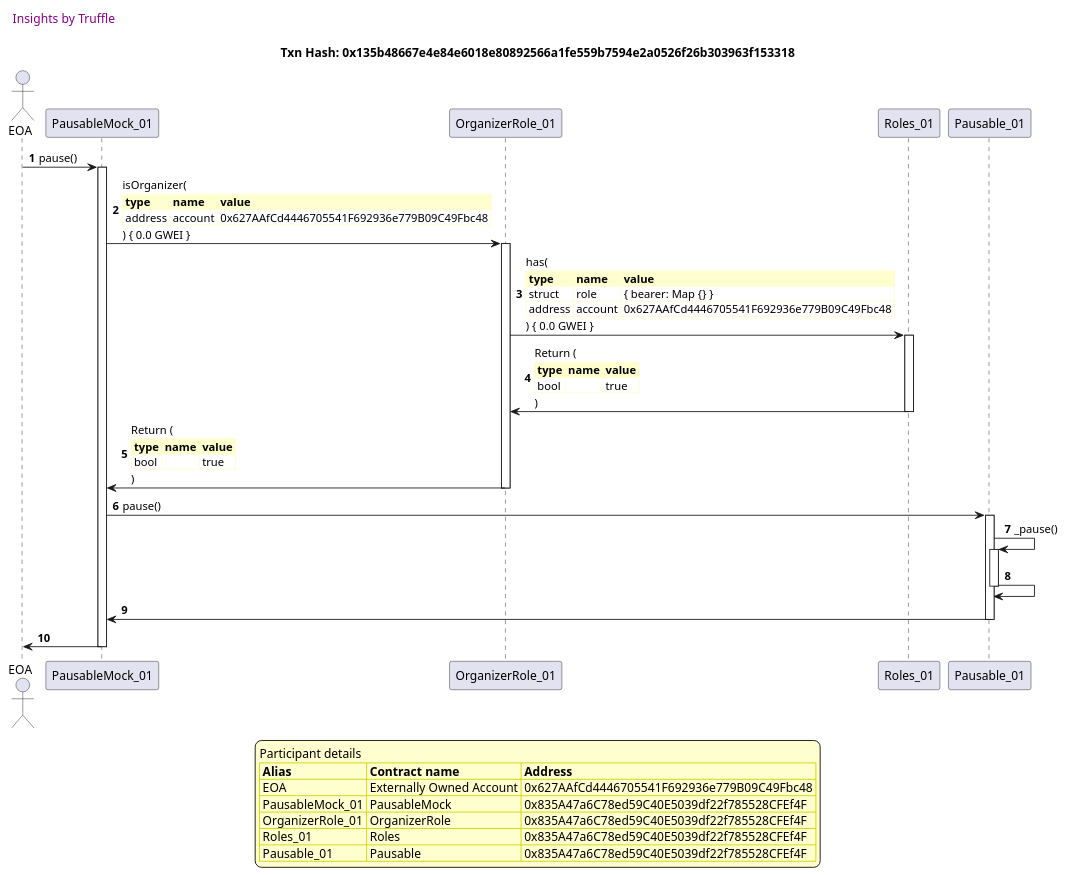
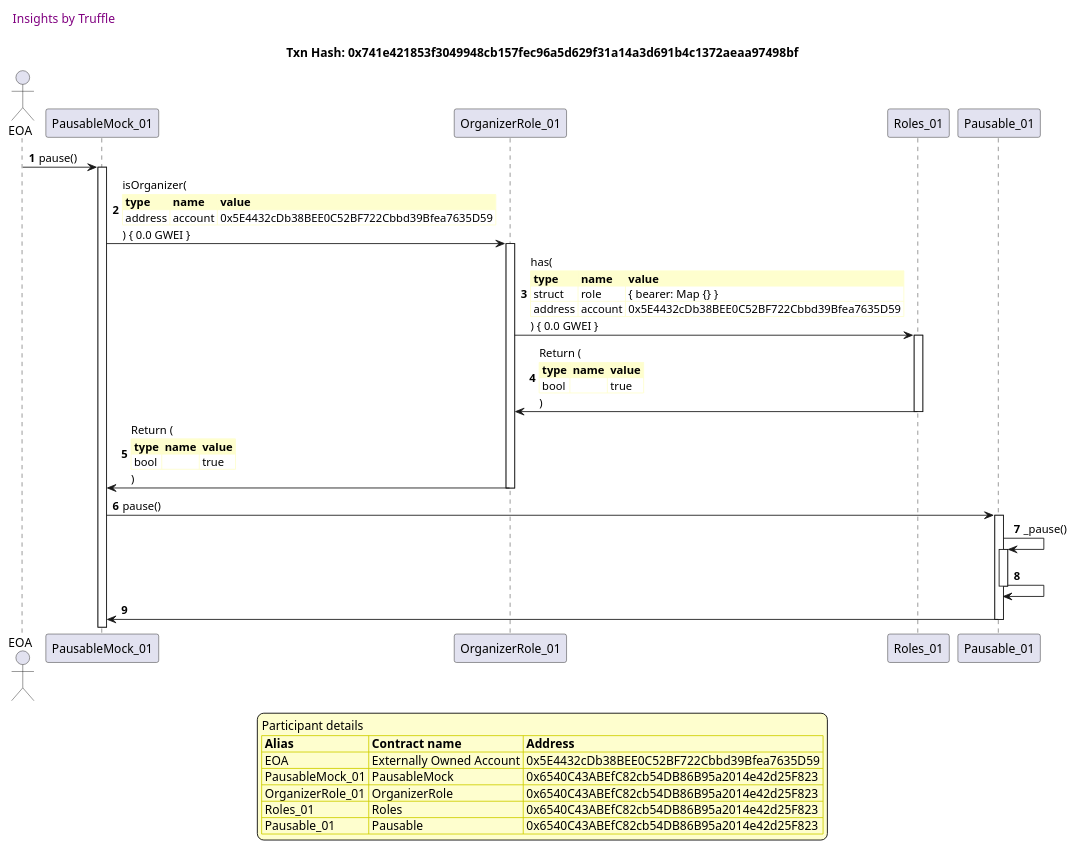
The ninth of 12 diagrams in truffle-seq/lifecycle_pausable.md (fodisi/hackapay), drawn with PlantUML before and after one commit. The commit also changed other lines of this file and 10 other files, not shown here.

````diff
--- a/truffle-seq/lifecycle_pausable.md
+++ b/truffle-seq/lifecycle_pausable.md
@@ -525,64 +524,63 @@
 ```plantuml
 
 
 @startuml
 
 autonumber
 skinparam legendBackgroundColor #FEFECE
 
 <style>
       header {
         HorizontalAlignment left
         FontColor purple
         FontSize 14
         Padding 10
       }
     </style>
 
 header Insights by Truffle
 
-title Txn Hash: 0x135b48667e4e84e6018e80892566a1fe559b7594e2a0526f26b303963f153318
+title Txn Hash: 0x741e421853f3049948cb157fec96a5d629f31a14a3d691b4c1372aeaa97498bf
 
 
 actor EOA as "EOA"
 participant PausableMock_01 as "PausableMock_01"
 participant OrganizerRole_01 as "OrganizerRole_01"
 participant Roles_01 as "Roles_01"
 participant Pausable_01 as "Pausable_01"
 
 "EOA" -> "PausableMock_01" ++: pause()
 "PausableMock_01" -> "OrganizerRole_01" ++: isOrganizer(\n\
 <#FEFECE,#FEFECE>|= type |= name |= value |\n\
-| address | account | 0x627AAfCd4446705541F692936e779B09C49Fbc48 |\n\
+| address | account | 0x5E4432cDb38BEE0C52BF722Cbbd39Bfea7635D59 |\n\
 ) { 0.0 GWEI }
 "OrganizerRole_01" -> "Roles_01" ++: has(\n\
 <#FEFECE,#FEFECE>|= type |= name |= value |\n\
 | struct | role | { bearer: Map {} } |\n\
-| address | account | 0x627AAfCd4446705541F692936e779B09C49Fbc48 |\n\
+| address | account | 0x5E4432cDb38BEE0C52BF722Cbbd39Bfea7635D59 |\n\
 ) { 0.0 GWEI }
 "Roles_01" -> "OrganizerRole_01" --: Return (\n\
 <#FEFECE,#FEFECE>|= type |= name |= value |\n\
 | bool |  | true |\n\
 )
 "OrganizerRole_01" -> "PausableMock_01" --: Return (\n\
 <#FEFECE,#FEFECE>|= type |= name |= value |\n\
 | bool |  | true |\n\
 )
 "PausableMock_01" -> "Pausable_01" ++: pause()
 "Pausable_01" -> "Pausable_01" ++: _pause()
 "Pausable_01" -> "Pausable_01" --: 
 "Pausable_01" -> "PausableMock_01" --: 
-"PausableMock_01" -> "EOA" --: 
 
 legend
 Participant details
 <#FEFECE,#D0D000>|= Alias |= Contract name |= Address |
-<#FEFECE>| EOA | Externally Owned Account | 0x627AAfCd4446705541F692936e779B09C49Fbc48 |
-<#FEFECE>| PausableMock_01 | PausableMock | 0x835A47a6C78ed59C40E5039df22f785528CFEf4F |
-<#FEFECE>| OrganizerRole_01 | OrganizerRole | 0x835A47a6C78ed59C40E5039df22f785528CFEf4F |
-<#FEFECE>| Roles_01 | Roles | 0x835A47a6C78ed59C40E5039df22f785528CFEf4F |
-<#FEFECE>| Pausable_01 | Pausable | 0x835A47a6C78ed59C40E5039df22f785528CFEf4F |
+<#FEFECE>| EOA | Externally Owned Account | 0x5E4432cDb38BEE0C52BF722Cbbd39Bfea7635D59 |
+<#FEFECE>| PausableMock_01 | PausableMock | 0x6540C43ABEfC82cb54DB86B95a2014e42d25F823 |
+<#FEFECE>| OrganizerRole_01 | OrganizerRole | 0x6540C43ABEfC82cb54DB86B95a2014e42d25F823 |
+<#FEFECE>| Roles_01 | Roles | 0x6540C43ABEfC82cb54DB86B95a2014e42d25F823 |
+<#FEFECE>| Pausable_01 | Pausable | 0x6540C43ABEfC82cb54DB86B95a2014e42d25F823 |
 endlegend
 
 @enduml
 ```
````
